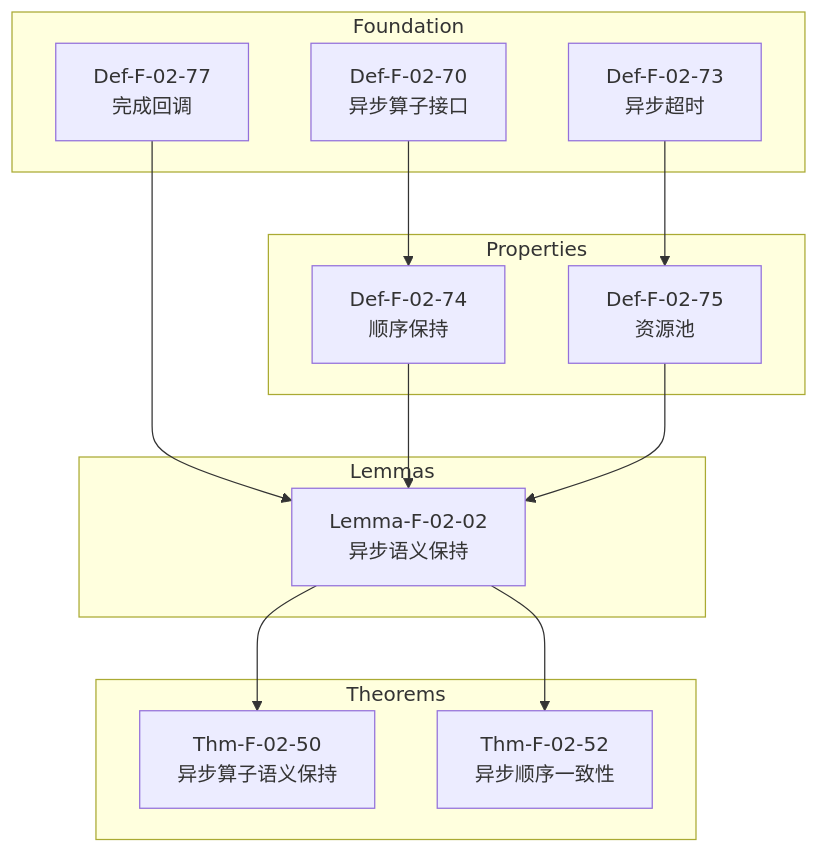
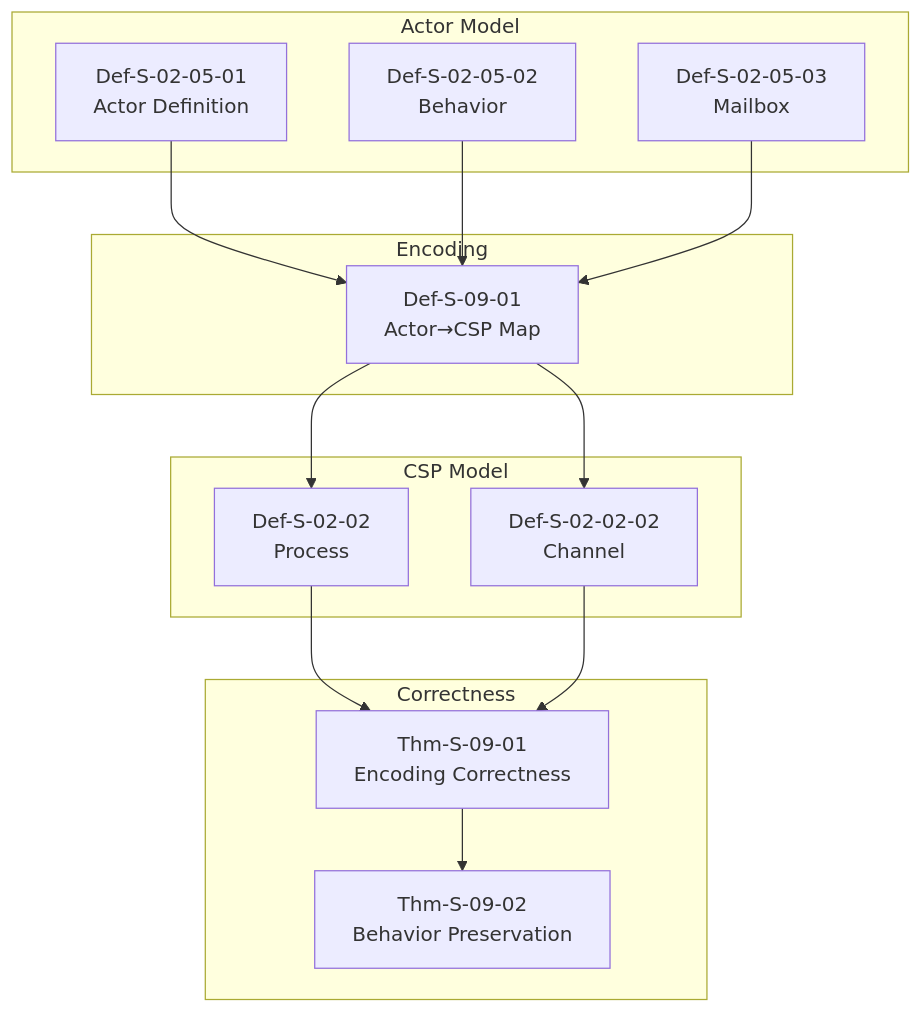
Before and after one commit to AdaMartin18010/AnalysisDataFlow: the fifth of 5 diagrams in i18n/en/Struct/Key-Theorem-Proof-Chains.md, drawn with Mermaid. The commit also changed other lines of this file and 210 other files, not shown here.

````diff
--- a/i18n/en/Struct/Key-Theorem-Proof-Chains.md
+++ b/i18n/en/Struct/Key-Theorem-Proof-Chains.md
@@ -96,30 +196,31 @@
 ```mermaid
 graph TD
-    subgraph Foundation
-        D0270[Def-F-02-70<br/>异步算子接口]
-        D0273[Def-F-02-73<br/>异步超时]
-        D0277[Def-F-02-77<br/>完成回调]
+    subgraph "Actor Model"
+        A1[Def-S-02-05-01<br/>Actor Definition]
+        A2[Def-S-02-05-02<br/>Behavior]
+        A3[Def-S-02-05-03<br/>Mailbox]
     end
-    
-    subgraph Properties
-        D0274[Def-F-02-74<br/>顺序保持]
-        D0275[Def-F-02-75<br/>资源池]
+
+    subgraph "Encoding"
+        E1[Def-S-09-01<br/>Actor→CSP Map]
     end
-    
-    subgraph Lemmas
-        L0202[Lemma-F-02-02<br/>异步语义保持]
+
+    subgraph "CSP Model"
+        C1[Def-S-02-02<br/>Process]
+        C2[Def-S-02-02-02<br/>Channel]
     end
-    
-    subgraph Theorems
-        T0250[Thm-F-02-50<br/>异步算子语义保持]
-        T0252[Thm-F-02-52<br/>异步顺序一致性]
+
+    subgraph "Correctness"
+        T1[Thm-S-09-01<br/>Encoding Correctness]
+        T2[Thm-S-09-02<br/>Behavior Preservation]
     end
-    
-    D0270 --> D0274
-    D0273 --> D0275
-    D0277 --> L0202
-    D0274 --> L0202
-    D0275 --> L0202
-    L0202 --> T0250
-    L0202 --> T0252
+
+    A1 --> E1
+    A2 --> E1
+    A3 --> E1
+    E1 --> C1
+    E1 --> C2
+    C1 --> T1
+    C2 --> T1
+    T1 --> T2
 ```
````
